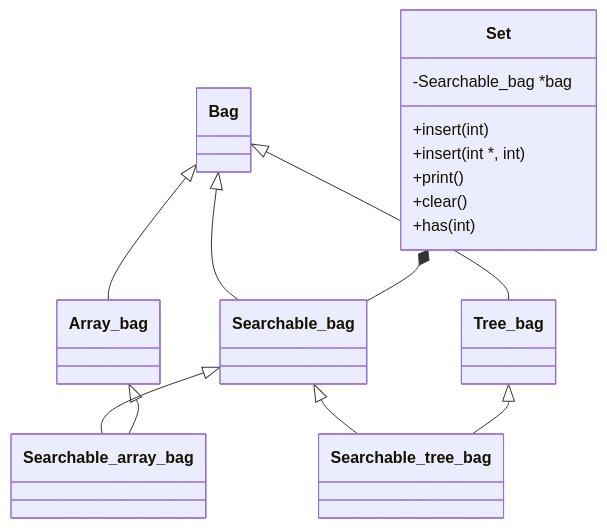
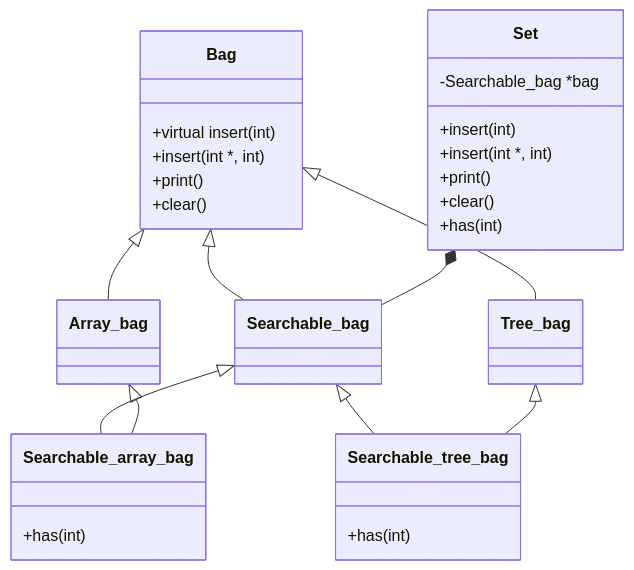
One commit to luismiguelcasadodiaz/Exam_rank_05 changed the diagram in l0/polyset/README.md. Above: the diagram before and after it, drawn with Mermaid.

````diff
--- a/l0/polyset/README.md
+++ b/l0/polyset/README.md
@@ -16,25 +16,31 @@
 ```mermaid
 classDiagram
   class Bag
+  Bag : +virtual insert(int)
+  Bag : +insert(int *, int)
+  Bag : +print()
+  Bag : +clear()
   class Array_bag
   class Tree_bag
   class Searchable_bag
   class Searchable_array_bag
+  Searchable_array_bag : +has(int)
   class Searchable_tree_bag
+  Searchable_tree_bag : +has(int)
   class Set
   Set : -Searchable_bag *bag
   Set : +insert(int)
   Set : +insert(int *, int)
   Set : +print()
   Set : +clear()
   Set : +has(int)
   Bag <|-- Array_bag
   Bag <|-- Tree_bag
   Bag <|-- Searchable_bag
   Searchable_bag <|-- Searchable_tree_bag
   Searchable_bag <|-- Searchable_array_bag
   Tree_bag <|-- Searchable_tree_bag
   Array_bag <|-- Searchable_array_bag
   Set *-- Searchable_bag
   %% This is a comment
 ```
````
